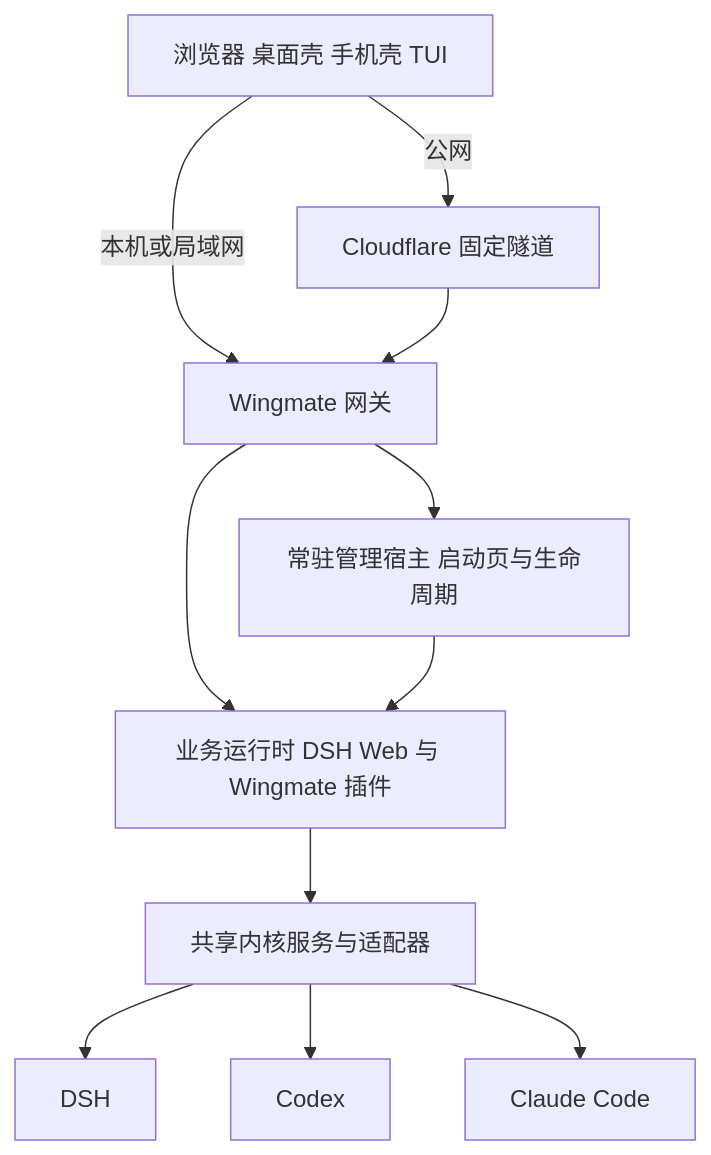
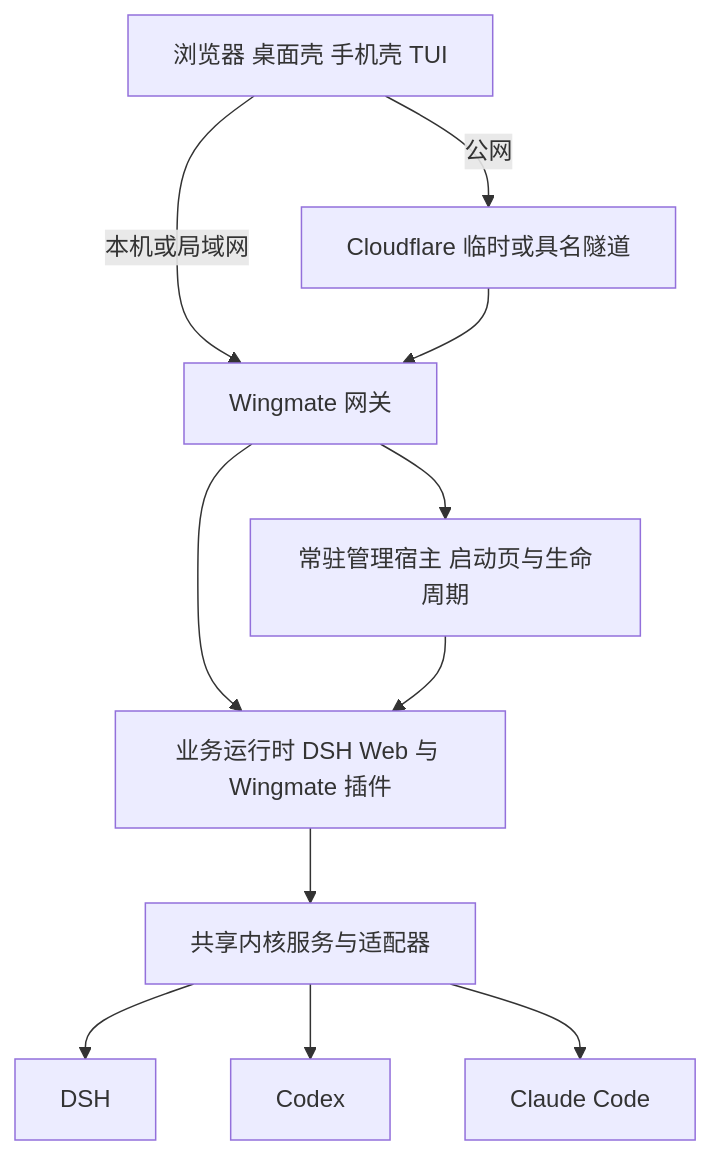
Before and after one commit to alphagauss/wingmate: the first of 2 diagrams in ARCHITECTURE_PLAN.md, drawn with Mermaid. The commit also changed other lines of this file and 16 other files, not shown here.

````diff
--- a/ARCHITECTURE_PLAN.md
+++ b/ARCHITECTURE_PLAN.md
@@ -41,13 +41,13 @@
 ```mermaid
 flowchart TB
     C[浏览器 桌面壳 手机壳 TUI] -->|本机或局域网| G[Wingmate 网关]
     C -->|公网| T
-    T[Cloudflare 固定隧道] --> G
+    T[Cloudflare 临时或具名隧道] --> G
     G --> M[常驻管理宿主 启动页与生命周期]
     G --> W[业务运行时 DSH Web 与 Wingmate 插件]
     M --> W
     W --> B[共享内核服务与适配器]
     B --> D[DSH]
     B --> X[Codex]
     B --> A[Claude Code]
 ```
````
